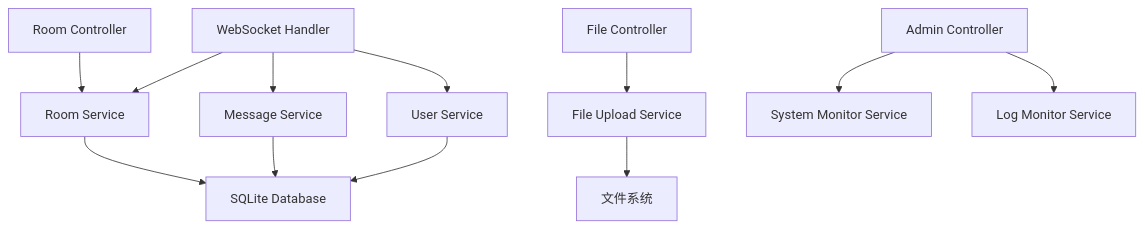
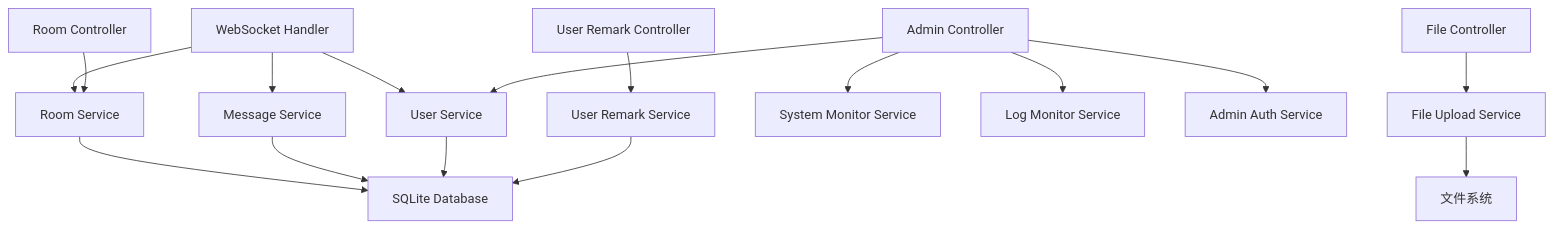
The second of 4 diagrams in Technical_Architecture.md (HaoDuoYv/websocket_chat), drawn with Mermaid before and after one commit. The commit also changed other lines of this file and 46 other files, not shown here.

````diff
--- a/Technical_Architecture.md
+++ b/Technical_Architecture.md
@@ -77,14 +133,18 @@
 ```mermaid
 graph TD
     A[WebSocket Handler] --> B[Room Service]
     A --> C[Message Service]
     A --> D[User Service]
     E[Room Controller] --> B
     F[File Controller] --> G[File Upload Service]
     H[Admin Controller] --> I[System Monitor Service]
     H --> J[Log Monitor Service]
-    B --> K[SQLite Database]
-    C --> K
-    D --> K
-    G --> L[文件系统]
+    H --> K[Admin Auth Service]
+    H --> D
+    L[User Remark Controller] --> M[User Remark Service]
+    B --> N[SQLite Database]
+    C --> N
+    D --> N
+    M --> N
+    G --> O[文件系统]
 ```
````
